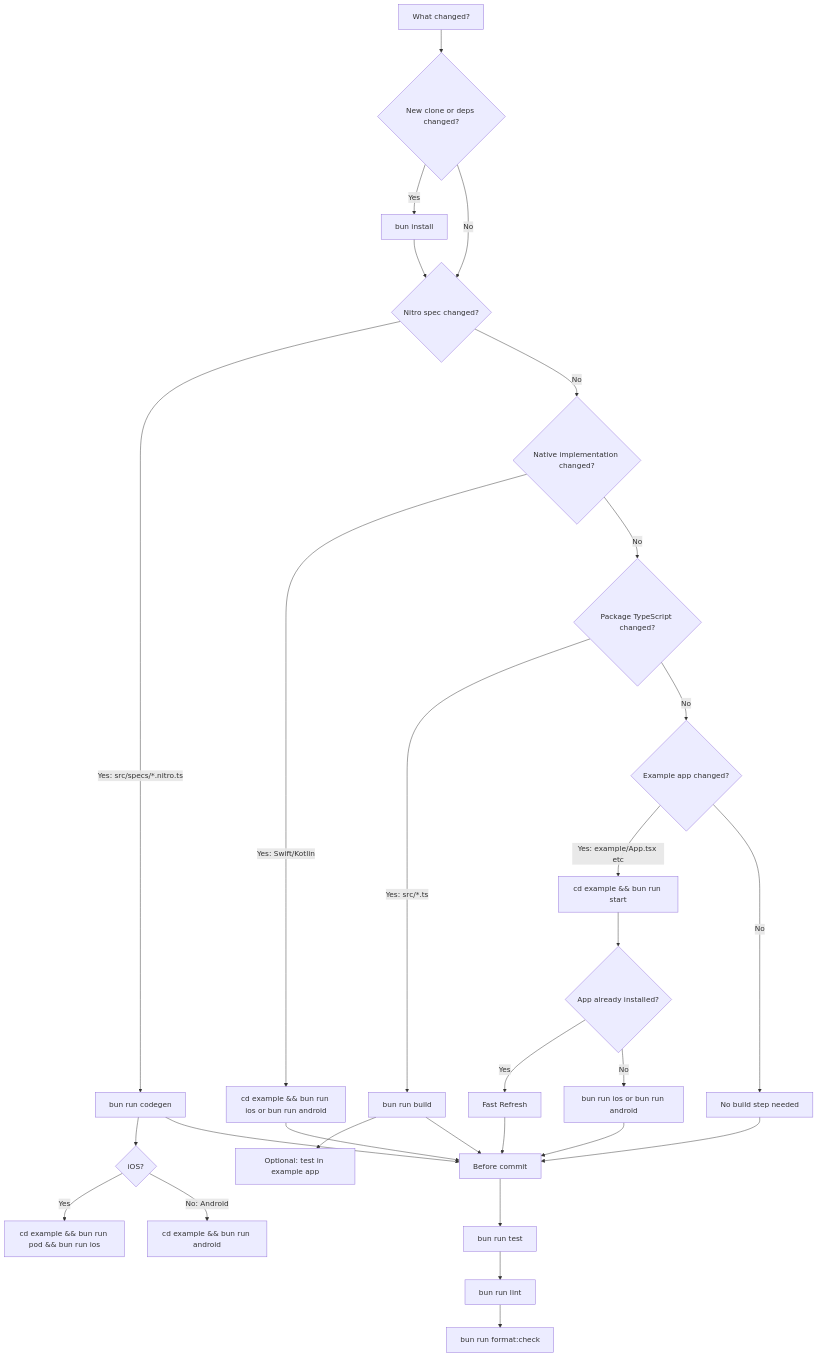
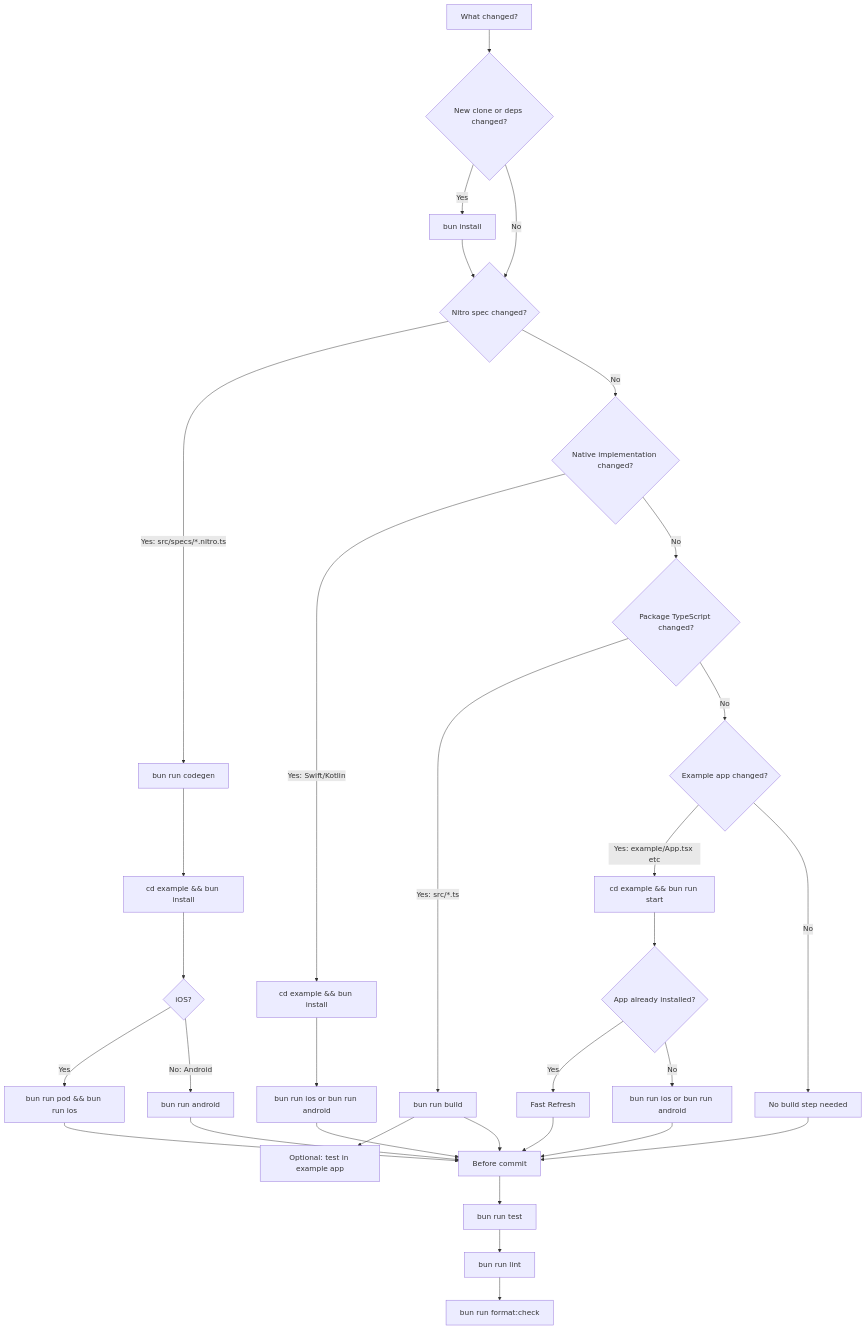
One commit to AdrianCD101/react-native-nitro-health changed the diagram in DEVELOPMENT.md. Above: the diagram before and after it, drawn with Mermaid. The commit also changed other lines of this file and 113 other files, not shown here.

````diff
--- a/DEVELOPMENT.md
+++ b/DEVELOPMENT.md
@@ -5,39 +5,42 @@
 ```mermaid
 flowchart TD
   A[What changed?] --> B{New clone or deps changed?}
   B -->|Yes| B1[bun install]
   B -->|No| C{Nitro spec changed?}
 
   B1 --> C
 
   C -->|Yes: src/specs/*.nitro.ts| C1[bun run codegen]
-  C1 --> C2{iOS?}
-  C2 -->|Yes| C3[cd example && bun run pod && bun run ios]
-  C2 -->|No: Android| C4[cd example && bun run android]
+  C1 --> CI[cd example && bun install]
+  CI --> C2{iOS?}
+  C2 -->|Yes| C3[bun run pod && bun run ios]
+  C2 -->|No: Android| C4[bun run android]
 
   C -->|No| D{Native implementation changed?}
-  D -->|Yes: Swift/Kotlin| D1[cd example && bun run ios or bun run android]
+  D -->|Yes: Swift/Kotlin| DI[cd example && bun install]
+  DI --> D1[bun run ios or bun run android]
 
   D -->|No| E{Package TypeScript changed?}
   E -->|Yes: src/*.ts| E1[bun run build]
   E1 --> E2[Optional: test in example app]
 
   E -->|No| F{Example app changed?}
   F -->|Yes: example/App.tsx etc| F1[cd example && bun run start]
   F1 --> F2{App already installed?}
   F2 -->|Yes| F3[Fast Refresh]
   F2 -->|No| F4[bun run ios or bun run android]
 
   F -->|No| G[No build step needed]
 
-  C1 --> Q[Before commit]
+  C3 --> Q[Before commit]
+  C4 --> Q
   D1 --> Q
   E1 --> Q
   F3 --> Q
   F4 --> Q
   G --> Q
 
   Q --> Q1[bun run test]
   Q1 --> Q2[bun run lint]
   Q2 --> Q3[bun run format:check]
 ```
````
